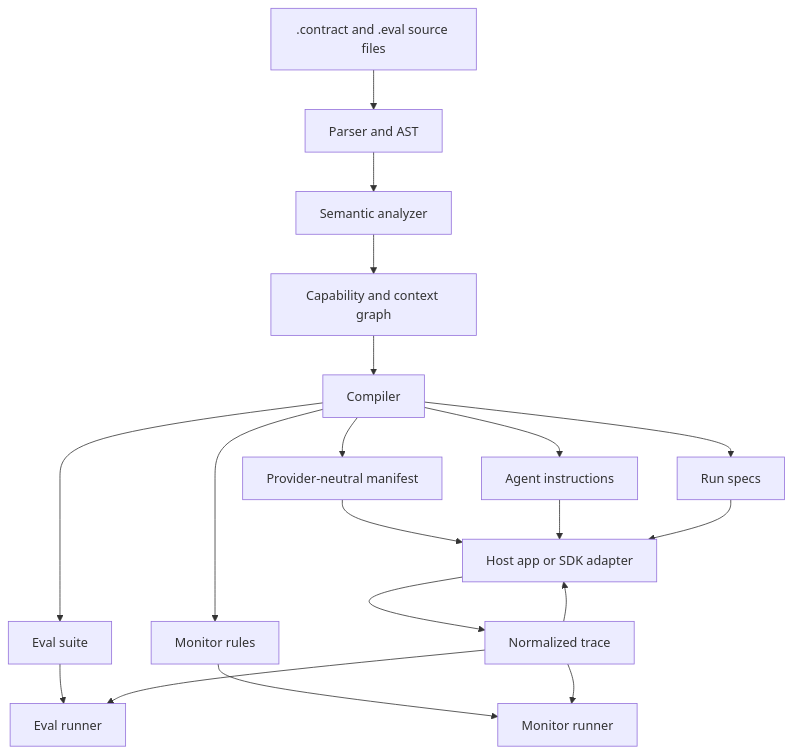
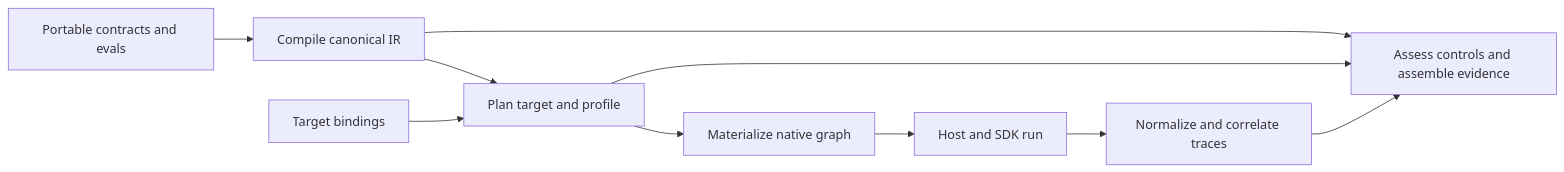
The diagram in docs/architecture/system-design.md (btfranklin/contract4agents), drawn with Mermaid before and after one commit. The commit also changed other lines of this file and 336 other files, not shown here.

Commit message:
Implement contract-first V2 architecture

````diff
--- a/docs/architecture/system-design.md
+++ b/docs/architecture/system-design.md
@@ -7,21 +5,12 @@
 ```mermaid
-graph TD
-    Source[".contract and .eval source files"] --> Parser["Parser and AST"]
-    Parser --> Semantics["Semantic analyzer"]
-    Semantics --> CapabilityGraph["Capability and context graph"]
-    CapabilityGraph --> Compiler["Compiler"]
-    Compiler --> Instructions["Agent instructions"]
-    Compiler --> Manifest["Provider-neutral manifest"]
-    Compiler --> EvalPack["Eval suite"]
-    Compiler --> MonitorPack["Monitor rules"]
-    Compiler --> RunSpecPack["Run specs"]
-    Manifest --> Host["Host app or SDK adapter"]
-    Instructions --> Host
-    Host --> Trace["Normalized trace"]
-    EvalPack --> EvalRunner["Eval runner"]
-    Trace --> EvalRunner
-    MonitorPack --> MonitorRunner["Monitor runner"]
-    Trace --> MonitorRunner
-    RunSpecPack --> Host
-    Trace --> Host
+flowchart LR
+    Source["Portable contracts and evals"] --> Compile["Compile canonical IR"]
+    Compile --> Plan["Plan target and profile"]
+    Bindings["Target bindings"] --> Plan
+    Plan --> Materialize["Materialize native graph"]
+    Materialize --> Run["Host and SDK run"]
+    Run --> Trace["Normalize and correlate traces"]
+    Trace --> Assure["Assess controls and assemble evidence"]
+    Compile --> Assure
+    Plan --> Assure
 ```
````
